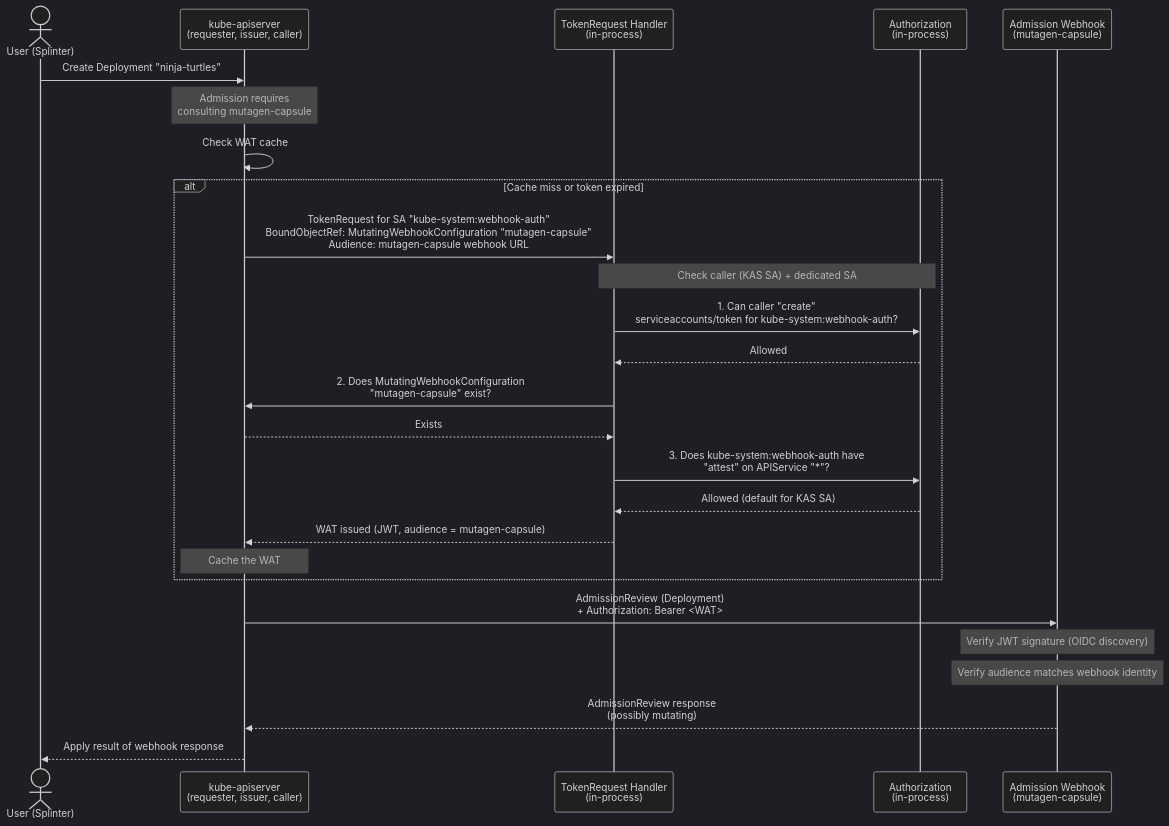
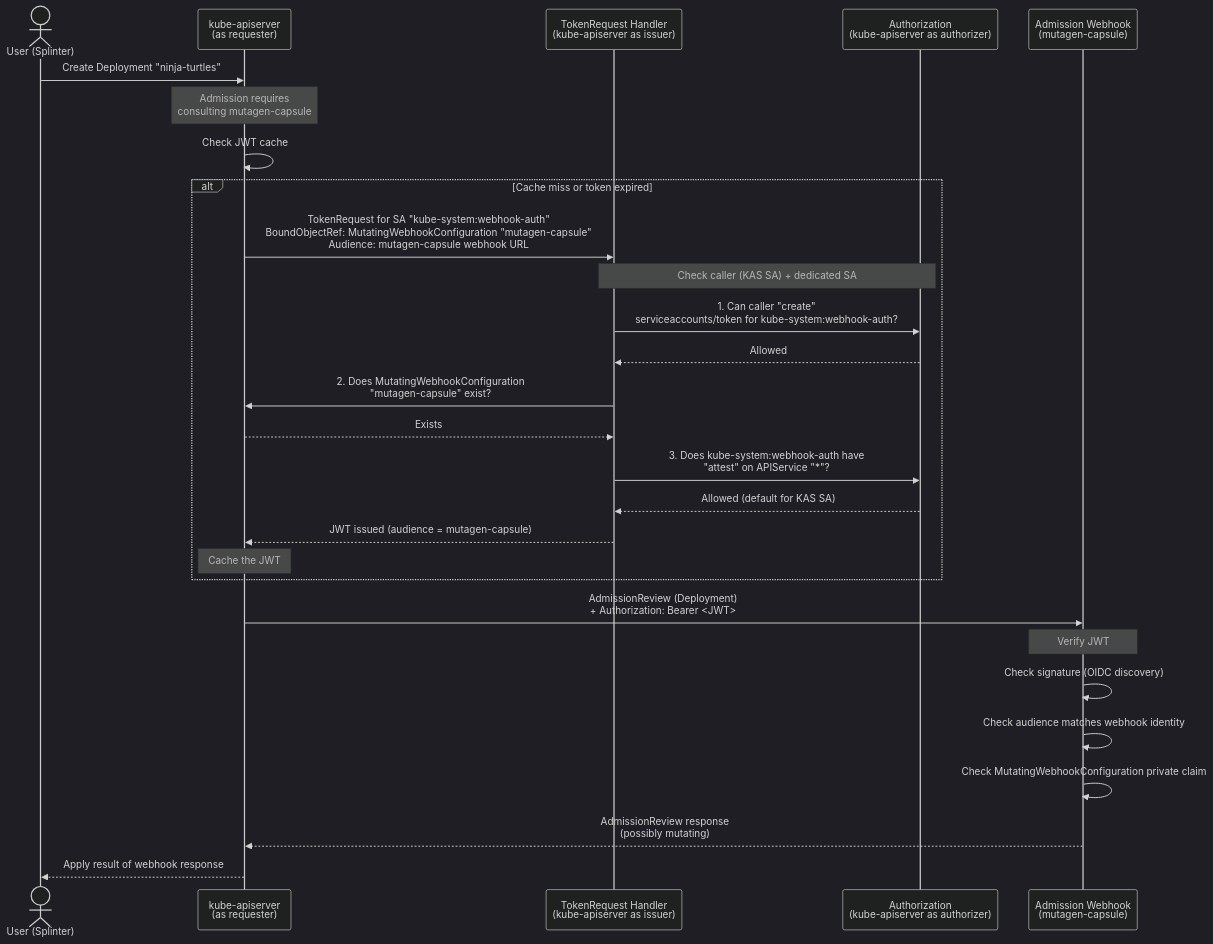
One commit to pmengelbert/enhancements changed the first of 3 diagrams in keps/sig-auth/6060-api-server-authentication-to-webhooks/README.md. Above: the diagram before and after it, drawn with Mermaid (dark theme). The commit also changed other lines of this file, not shown here.

First line of the commit message:
KEP-6060: expand sequence diagram flows with TMNT narrative

````diff
--- a/keps/sig-auth/6060-api-server-authentication-to-webhooks/README.md
+++ b/keps/sig-auth/6060-api-server-authentication-to-webhooks/README.md
@@ -441,39 +417,41 @@
 ```mermaid
 sequenceDiagram
     actor Splinter as User (Splinter)
-    participant KAS as kube-apiserver<br/>(requester, issuer, caller)
-    participant TokenReq as TokenRequest Handler<br/>(in-process)
-    participant Authz as Authorization<br/>(in-process)
+    participant KAS as kube-apiserver<br/>(as requester)
+    participant TokenReq as TokenRequest Handler<br/>(kube-apiserver as issuer)
+    participant Authz as Authorization<br/>(kube-apiserver as authorizer)
     participant Webhook as Admission Webhook<br/>(mutagen-capsule)
 
     Splinter->>KAS: Create Deployment "ninja-turtles"
 
     Note over KAS: Admission requires<br/>consulting mutagen-capsule
 
-    KAS->>KAS: Check WAT cache
+    KAS->>KAS: Check JWT cache
     alt Cache miss or token expired
         KAS->>TokenReq: TokenRequest for SA "kube-system:webhook-auth"<br/>BoundObjectRef: MutatingWebhookConfiguration "mutagen-capsule"<br/>Audience: mutagen-capsule webhook URL
 
         Note over TokenReq,Authz: Check caller (KAS SA) + dedicated SA
 
         TokenReq->>Authz: 1. Can caller "create"<br/>serviceaccounts/token for kube-system:webhook-auth?
         Authz-->>TokenReq: Allowed
 
         TokenReq->>KAS: 2. Does MutatingWebhookConfiguration<br/>"mutagen-capsule" exist?
         KAS-->>TokenReq: Exists
 
         TokenReq->>Authz: 3. Does kube-system:webhook-auth have<br/>"attest" on APIService "*"?
         Authz-->>TokenReq: Allowed (default for KAS SA)
 
-        TokenReq-->>KAS: WAT issued (JWT, audience = mutagen-capsule)
-        Note over KAS: Cache the WAT
+        TokenReq-->>KAS: JWT issued (audience = mutagen-capsule)
+        Note over KAS: Cache the JWT
     end
 
-    KAS->>Webhook: AdmissionReview (Deployment)<br/>+ Authorization: Bearer <WAT>
+    KAS->>Webhook: AdmissionReview (Deployment)<br/>+ Authorization: Bearer <JWT>
 
-    Note over Webhook: Verify JWT signature (OIDC discovery)
-    Note over Webhook: Verify audience matches webhook identity
+    Note over Webhook: Verify JWT
+    Webhook->>Webhook: Check signature (OIDC discovery)
+    Webhook->>Webhook: Check audience matches webhook identity
+    Webhook->>Webhook: Check MutatingWebhookConfiguration private claim
 
     Webhook-->>KAS: AdmissionReview response<br/>(possibly mutating)
     KAS-->>Splinter: Apply result of webhook response
 ```
````
